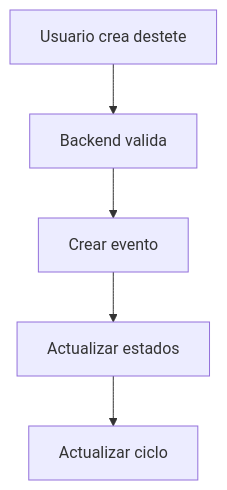
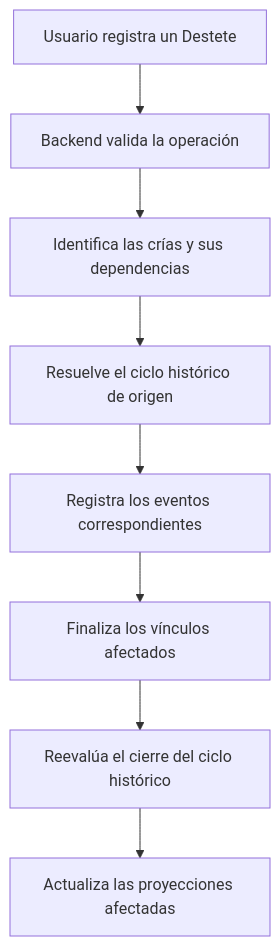
Before and after one commit to Miqrod/RuralGest: the fourth of 4 diagrams in documentacion/base_conocimiento/modelo/eventos.md, drawn with Mermaid. The commit also changed other lines of this file and 4 other files, not shown here.

First line of the commit message:
docs(modelo): actualizar modelos ganadero, reproductivo y de eventos, y flujos de parto y destete

````diff
--- a/documentacion/base_conocimiento/modelo/eventos.md
+++ b/documentacion/base_conocimiento/modelo/eventos.md
@@ -293,14 +554,19 @@
 ```mermaid
 flowchart TD
-
-    A[Usuario crea destete]
-    B[Backend valida]
-    C[Crear evento]
-    D[Actualizar estados]
-    E[Actualizar ciclo]
+    A[Usuario registra un Destete]
+    B[Backend valida la operación]
+    C[Identifica las crías y sus dependencias]
+    D[Resuelve el ciclo histórico de origen]
+    E[Registra los eventos correspondientes]
+    F[Finaliza los vínculos afectados]
+    G[Reevalúa el cierre del ciclo histórico]
+    H[Actualiza las proyecciones afectadas]
 
     A --> B
     B --> C
     C --> D
     D --> E
+    E --> F
+    F --> G
+    G --> H
 ```
````
